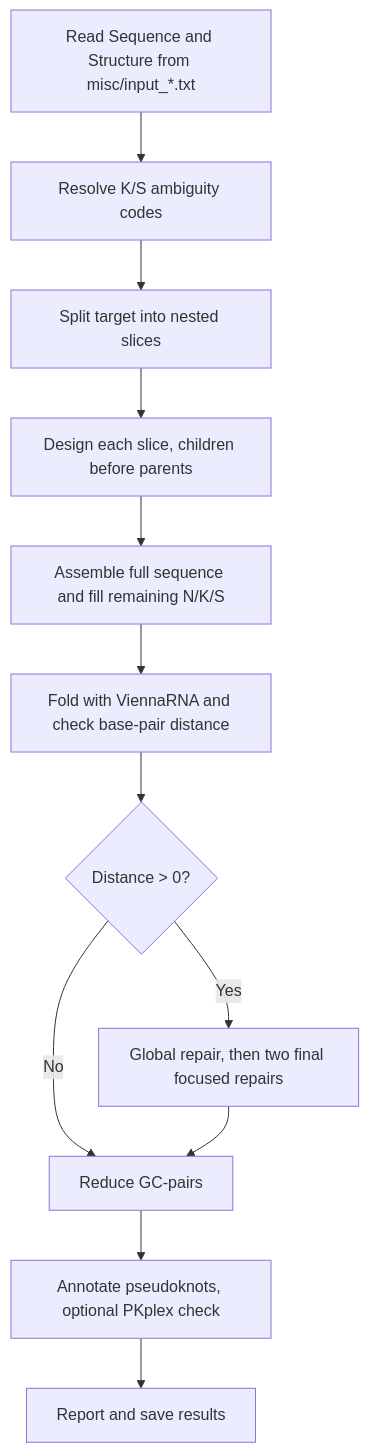
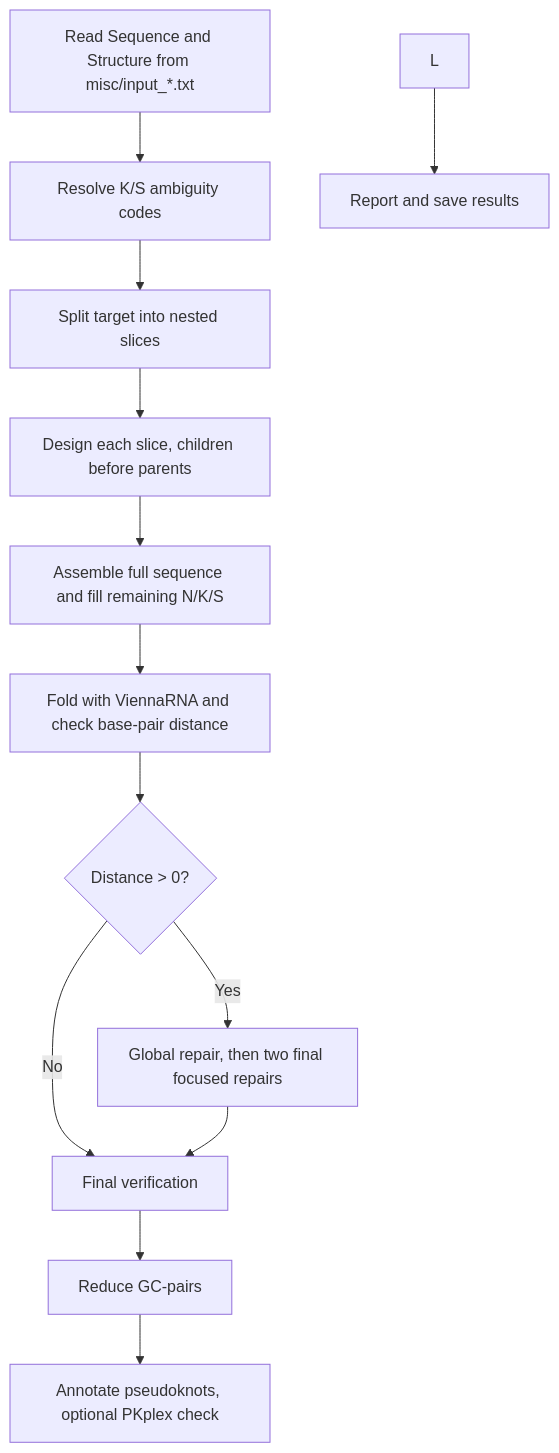
Before and after one commit to HenrikMengkrogen/Ribologic_iGEM_BACKUP: the first of 3 diagrams in README.md, drawn with Mermaid.

````diff
--- a/README.md
+++ b/README.md
@@ -36,14 +36,15 @@
 ```mermaid
 flowchart TD
     A[Read Sequence and Structure from misc/input_*.txt] --> B[Resolve K/S ambiguity codes]
     B --> C[Split target into nested slices]
     C --> D[Design each slice, children before parents]
     D --> E[Assemble full sequence and fill remaining N/K/S]
     E --> F[Fold with ViennaRNA and check base-pair distance]
     F --> G{Distance > 0?}
     G -- Yes --> H[Global repair, then two final focused repairs]
     G -- No --> I[Final verification]
-    H --> I[Reduce GC-pairs]
-    I --> J[Annotate pseudoknots, optional PKplex check]
-    J --> K[Report and save results]
+    H --> I
+    I --> J[Reduce GC-pairs]
+    J --> K[Annotate pseudoknots, optional PKplex check]
+    L --> M[Report and save results]
 ```
````
